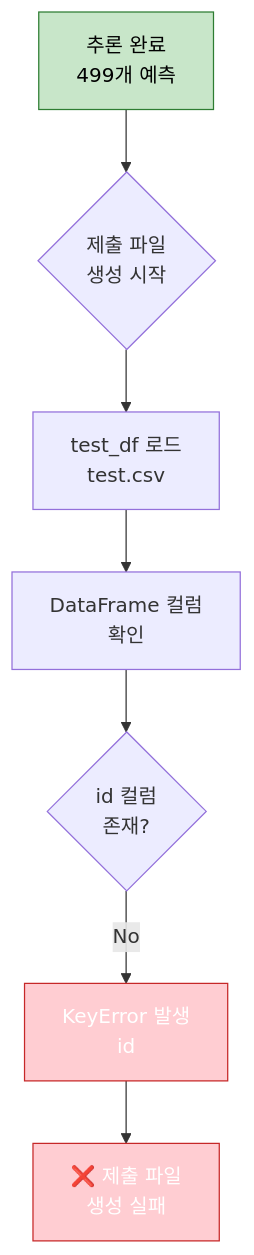
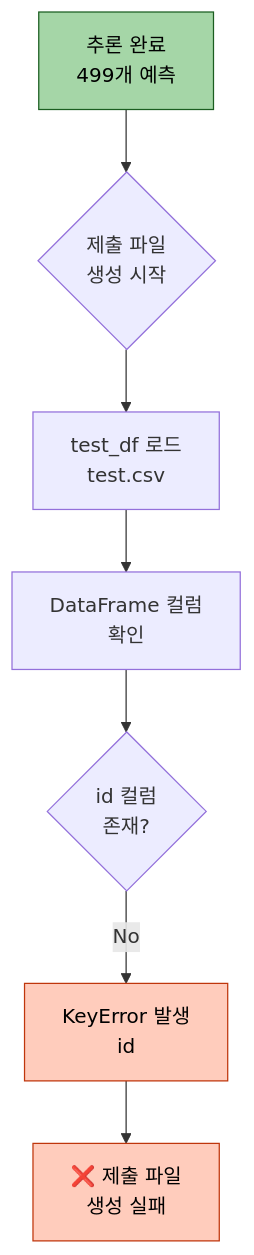
Before and after one commit to AIBootcamp14/naturallanguageprocessingcompetition-nlp-1: diagram 13 of 15 in docs/experiments/20251013_111525_strategy1_kobart_optimized_실험분석.md, drawn with Mermaid. The commit also changed other lines of this file and 1 other file, not shown here.

Commit message:
docs: 실험 분석 문서 mermaid 시각화 및 스타일 가이드 추가   - 기존 실험 분석 문서의 모든 mermaid 다이어그램 색상 표준화   - ROUGE 점수 비교, 훈련 시간 분석 등 7개 수치 시각화 추가   - 실험 문서 작성을 위한 종합 스타일 가이드 문서 생성   - experiments_style.md를 gitignore 예외 규칙에 추가

````diff
--- a/docs/experiments/20251013_111525_strategy1_kobart_optimized_실험분석.md
+++ b/docs/experiments/20251013_111525_strategy1_kobart_optimized_실험분석.md
@@ -456,13 +652,13 @@
 ```mermaid
 graph TB
     A[추론 완료<br/>499개 예측] --> B{제출 파일<br/>생성 시작}
     B --> C[test_df 로드<br/>test.csv]
     C --> D[DataFrame 컬럼<br/>확인]
     D --> E{id 컬럼<br/>존재?}
     E -->|No| F[KeyError 발생<br/>id]
     F --> G[❌ 제출 파일<br/>생성 실패]
 
-    style A fill:#c8e6c9,stroke:#2e7d32,color:#000
-    style F fill:#ffcdd2,stroke:#c62828,color:#fff
-    style G fill:#ffcdd2,stroke:#c62828,color:#fff
+    style A fill:#a5d6a7,stroke:#1b5e20,color:#000
+    style F fill:#ffccbc,stroke:#bf360c,color:#000
+    style G fill:#ffccbc,stroke:#bf360c,color:#000
 ```
````
